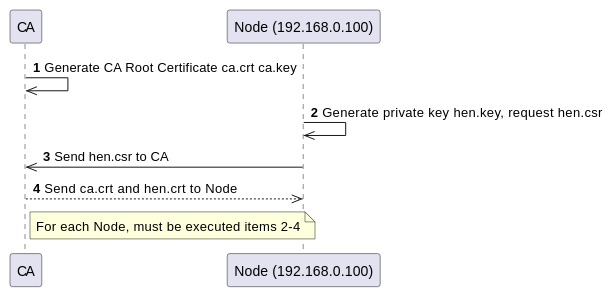
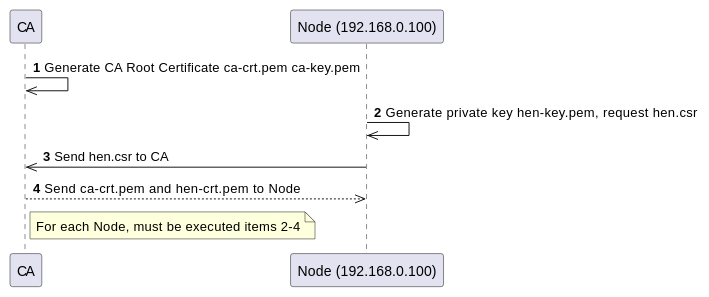
Before and after one commit to lf-edge/edge-home-orchestration-go: the second of 2 diagrams in docs/secure_manager.md, drawn with PlantUML. The commit also changed other lines of this file and 13 other files, not shown here.

````diff
--- a/docs/secure_manager.md
+++ b/docs/secure_manager.md
@@ -294,11 +294,11 @@
 ```plantuml
 
 @startuml
   autonumber
-  CA->>CA: Generate CA Root Certificate ca.crt ca.key
-  "Node (192.168.0.100)"->>"Node (192.168.0.100)": Generate private key hen.key, request hen.csr
+  CA->>CA: Generate CA Root Certificate ca-crt.pem ca-key.pem
+  "Node (192.168.0.100)"->>"Node (192.168.0.100)": Generate private key hen-key.pem, request hen.csr
   "Node (192.168.0.100)"->>CA: Send hen.csr to CA
-  CA-->>"Node (192.168.0.100)": Send ca.crt and hen.crt to Node
+  CA-->>"Node (192.168.0.100)": Send ca-crt.pem and hen-crt.pem to Node
   Note right of CA: For each Node, must be executed items 2-4
 @enduml
 ```
````
